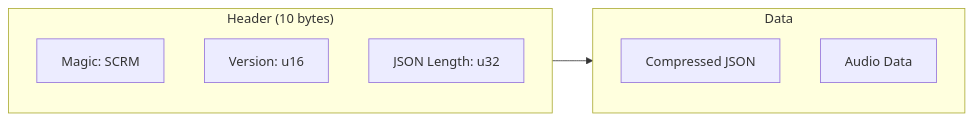
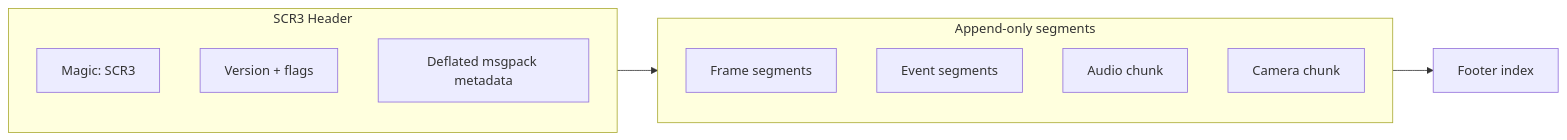
The fifth of 5 diagrams in docs/data-structures.md (channyeintun/next-editor), drawn with Mermaid before and after one commit. The commit also changed other lines of this file and 7 other files, not shown here.

````diff
--- a/docs/data-structures.md
+++ b/docs/data-structures.md
@@ -243,15 +247,18 @@
 ```mermaid
 flowchart LR
-    subgraph Header["Header (10 bytes)"]
-        M[Magic: SCRM]
-        V[Version: u16]
-        L[JSON Length: u32]
+    subgraph Header["SCR3 Header"]
+        M[Magic: SCR3]
+        V[Version + flags]
+        Meta[Deflated msgpack metadata]
     end
 
-    subgraph Data
-        J[Compressed JSON]
-        A[Audio Data]
+    subgraph Segments["Append-only segments"]
+        F[Frame segments]
+        E[Event segments]
+        A[Audio chunk]
+        C[Camera chunk]
     end
 
-    Header --> Data
+    Header --> Segments
+    Segments --> Footer[Footer index]
 ```
````
